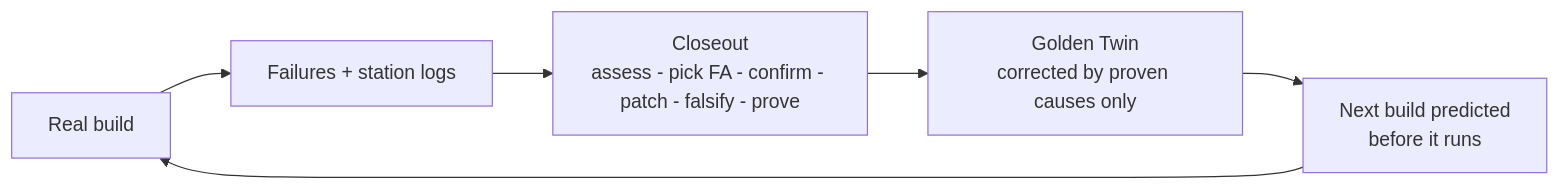
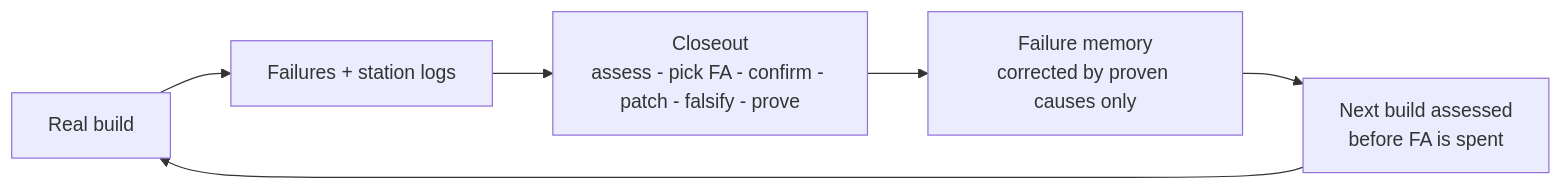
The sixth of 6 diagrams in README.md (benikigai/closeout), drawn with Mermaid before and after one commit. The commit also changed other lines of this file and 2 other files, not shown here.

````diff
--- a/README.md
+++ b/README.md
@@ -286,8 +286,8 @@
 ```mermaid
 flowchart LR
     build["Real build"] --> failures["Failures + station logs"]
     failures --> closeout["Closeout<br/>assess - pick FA - confirm - patch - falsify - prove"]
-    closeout --> twin["Golden Twin<br/>corrected by proven causes only"]
-    twin --> predict["Next build predicted<br/>before it runs"]
+    closeout --> memory["Failure memory<br/>corrected by proven causes only"]
+    memory --> predict["Next build assessed<br/>before FA is spent"]
     predict --> build
 ```
````
